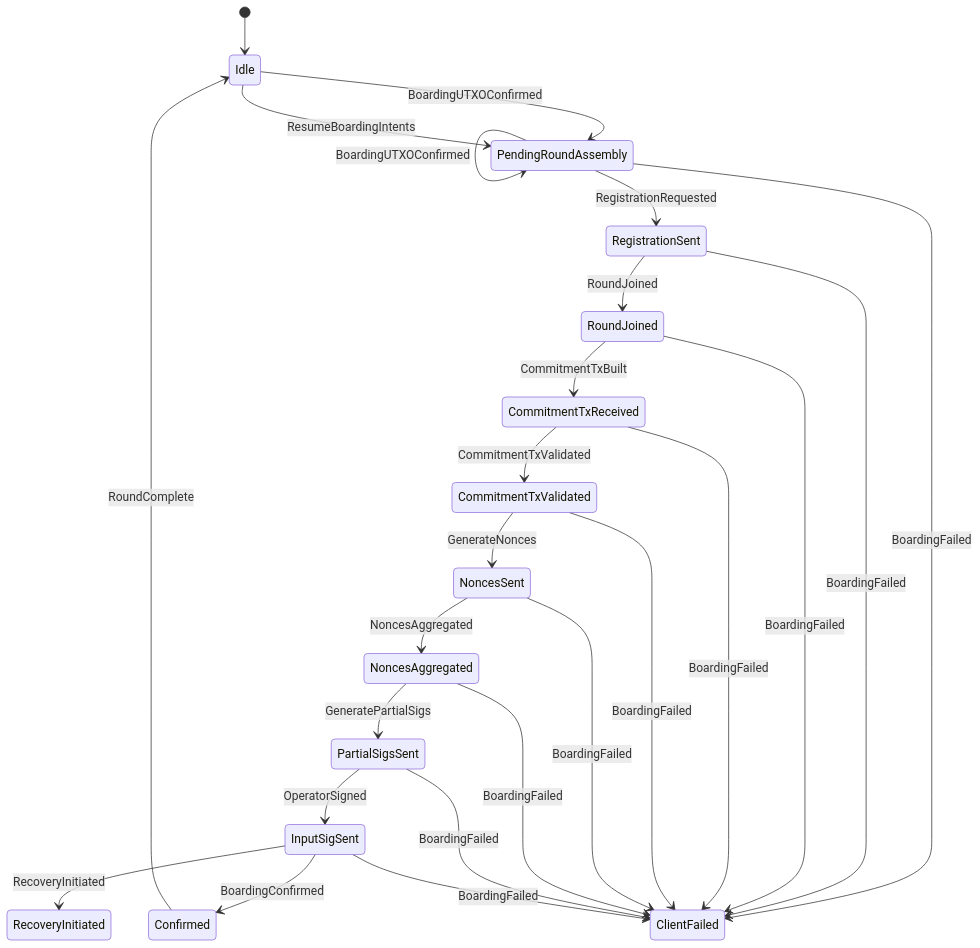
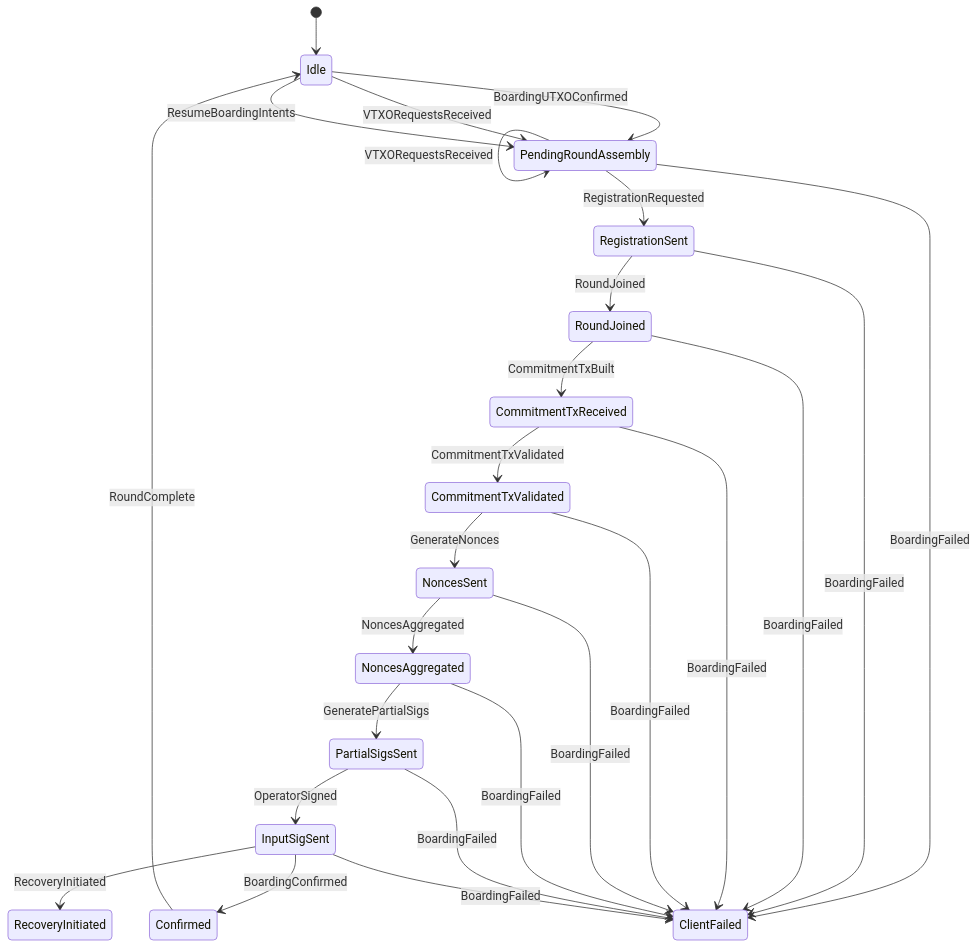
Before and after one commit to lightninglabs/wavelength: the second of 2 diagrams in round/README.md, drawn with Mermaid. The commit also changed other lines of this file, not shown here.

Commit message:
round: update README.md to reflect latest changes

````diff
--- a/round/README.md
+++ b/round/README.md
@@ -312,28 +330,30 @@
 ```mermaid
 stateDiagram-v2
     [*] --> Idle
     Idle --> PendingRoundAssembly: BoardingUTXOConfirmed
+    Idle --> PendingRoundAssembly: VTXORequestsReceived
     Idle --> PendingRoundAssembly: ResumeBoardingIntents
     PendingRoundAssembly --> PendingRoundAssembly: BoardingUTXOConfirmed
+    PendingRoundAssembly --> PendingRoundAssembly: VTXORequestsReceived
     PendingRoundAssembly --> RegistrationSent: RegistrationRequested
     RegistrationSent --> RoundJoined: RoundJoined
     RoundJoined --> CommitmentTxReceived: CommitmentTxBuilt
     CommitmentTxReceived --> CommitmentTxValidated: CommitmentTxValidated
     CommitmentTxValidated --> NoncesSent: GenerateNonces
     NoncesSent --> NoncesAggregated: NoncesAggregated
     NoncesAggregated --> PartialSigsSent: GeneratePartialSigs
     PartialSigsSent --> InputSigSent: OperatorSigned
     InputSigSent --> Confirmed: BoardingConfirmed
     Confirmed --> Idle: RoundComplete
 
     PendingRoundAssembly --> ClientFailed: BoardingFailed
     RegistrationSent --> ClientFailed: BoardingFailed
     RoundJoined --> ClientFailed: BoardingFailed
     CommitmentTxReceived --> ClientFailed: BoardingFailed
     CommitmentTxValidated --> ClientFailed: BoardingFailed
     NoncesSent --> ClientFailed: BoardingFailed
     NoncesAggregated --> ClientFailed: BoardingFailed
     PartialSigsSent --> ClientFailed: BoardingFailed
     InputSigSent --> ClientFailed: BoardingFailed
     InputSigSent --> RecoveryInitiated: RecoveryInitiated
 ```
````
